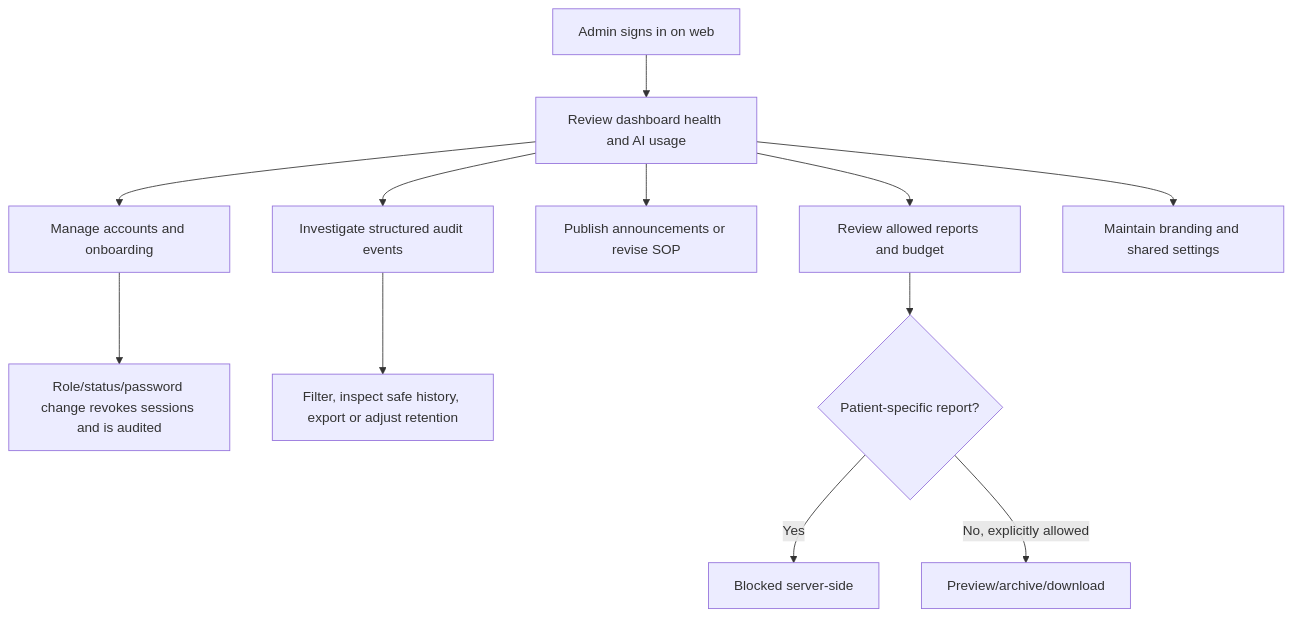
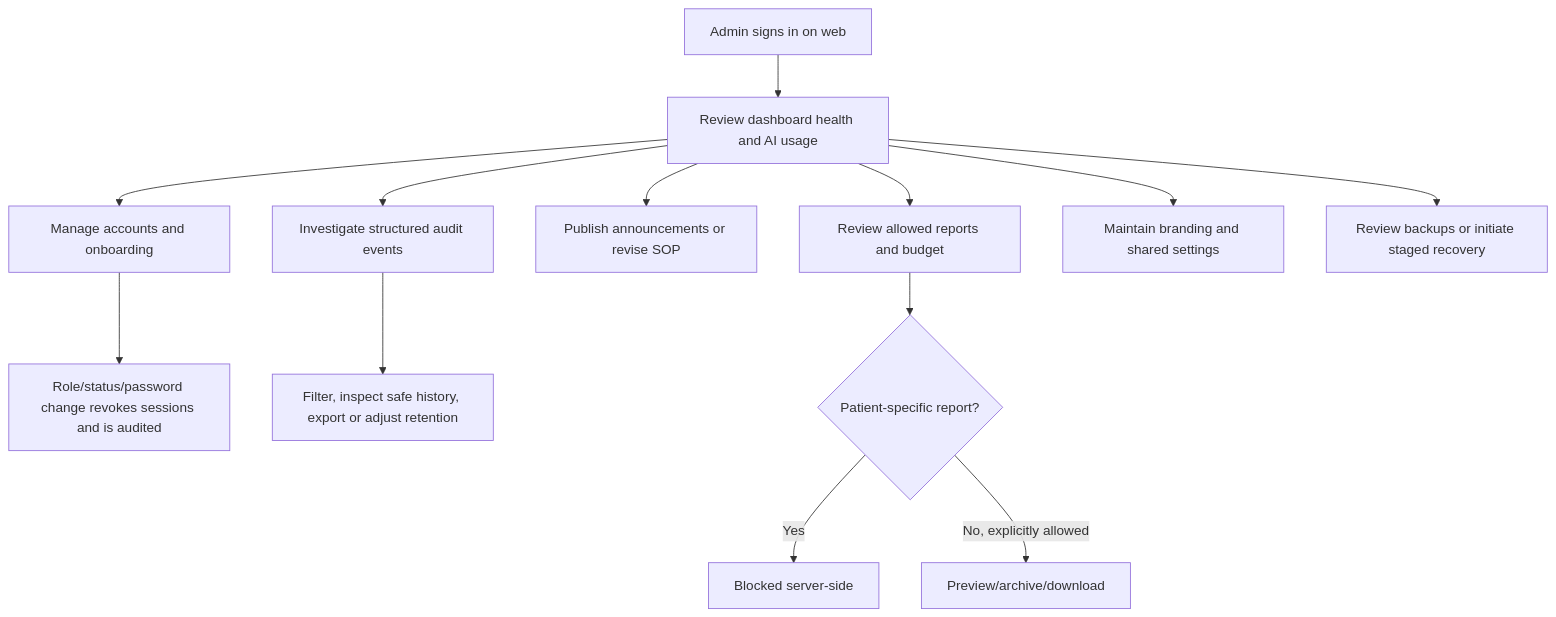
Before and after one commit to ja2gc/Nutriscope: the diagram in docs/modules/admin.md, drawn with Mermaid. The commit also changed other lines of this file and 4 other files, not shown here.

````diff
--- a/docs/modules/admin.md
+++ b/docs/modules/admin.md
@@ -150,14 +158,15 @@
 ```mermaid
 flowchart TD
     A["Admin signs in on web"] --> B["Review dashboard health and AI usage"]
     B --> C["Manage accounts and onboarding"]
     B --> D["Investigate structured audit events"]
     B --> E["Publish announcements or revise SOP"]
     B --> F["Review allowed reports and budget"]
     B --> G["Maintain branding and shared settings"]
+    B --> M["Review backups or initiate staged recovery"]
     C --> H["Role/status/password change revokes sessions and is audited"]
     D --> I["Filter, inspect safe history, export or adjust retention"]
     F --> J{"Patient-specific report?"}
     J -->|"Yes"| K["Blocked server-side"]
     J -->|"No, explicitly allowed"| L["Preview/archive/download"]
 ```
````
